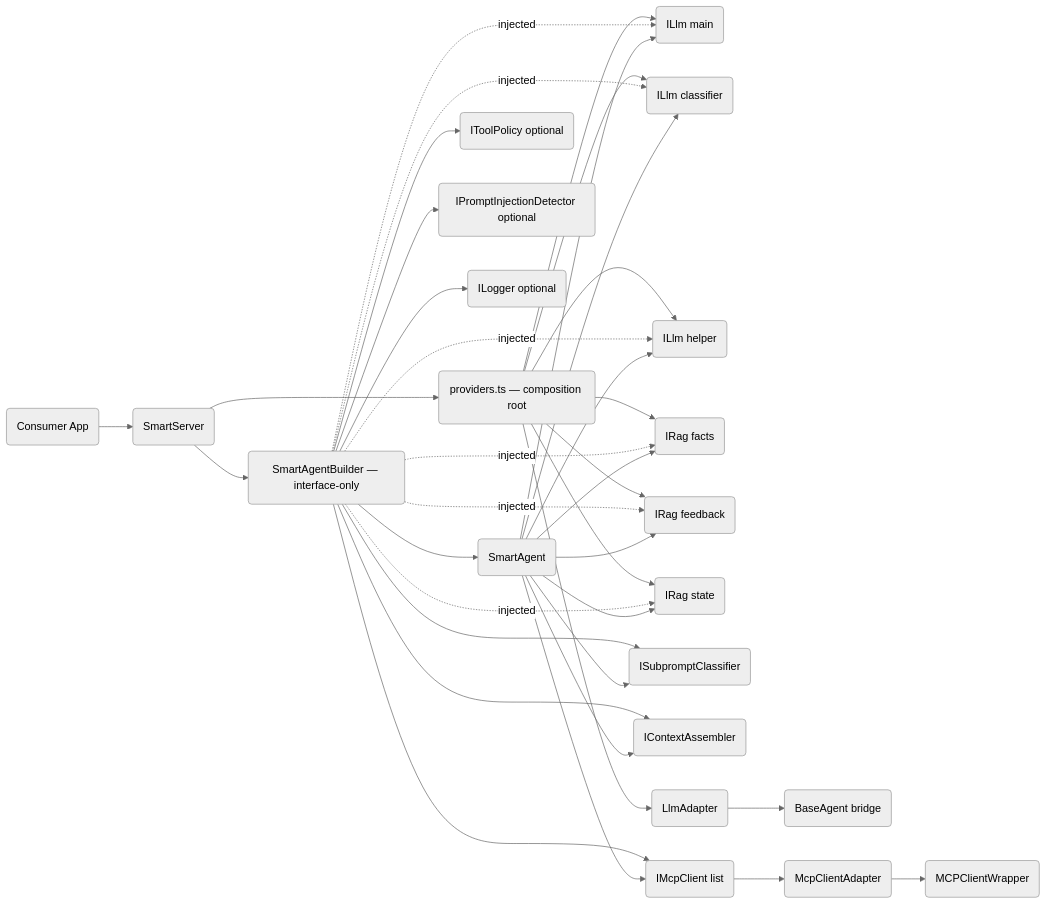
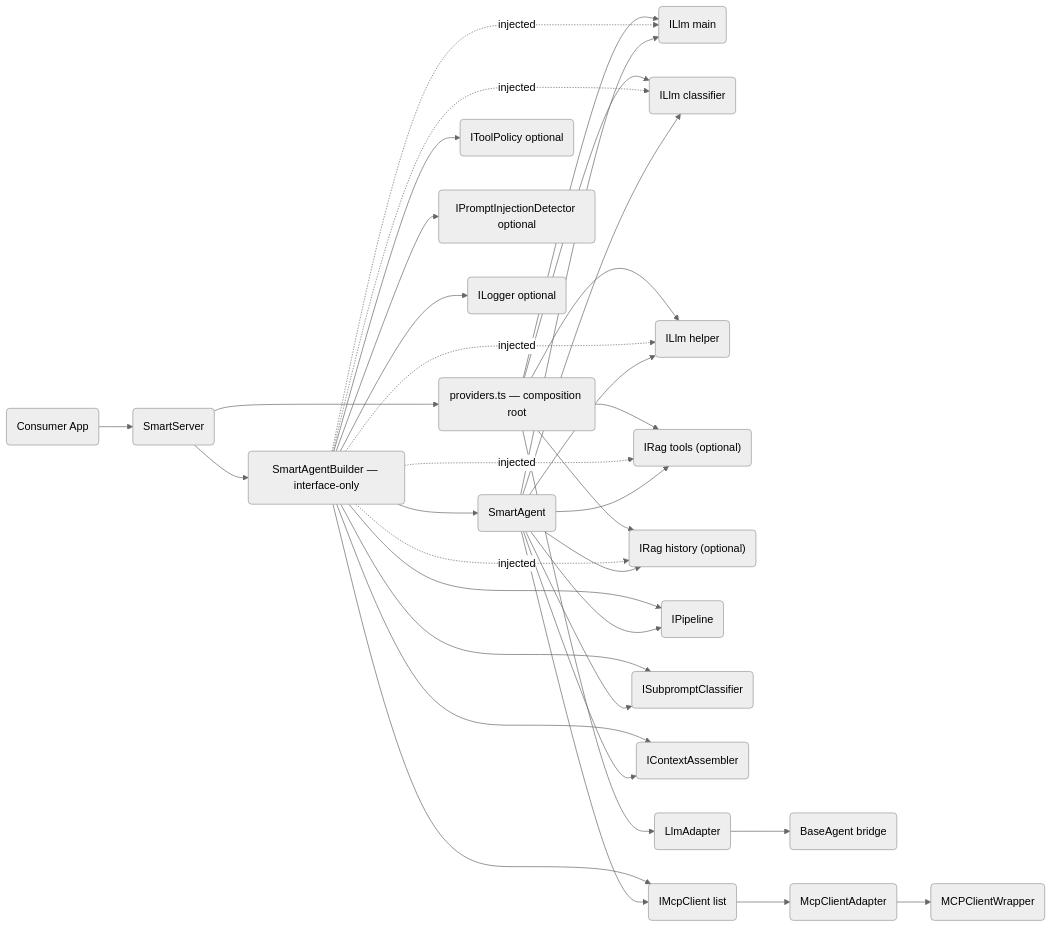
Before and after one commit to fr0ster/llm-agent: the first of 2 diagrams in docs/ARCHITECTURE.md, drawn with Mermaid (neutral theme). The commit also changed other lines of this file and 12 other files, not shown here.

First line of the commit message:
docs: update architecture and examples for consumer-defined RAG (#84)

````diff
--- a/docs/ARCHITECTURE.md
+++ b/docs/ARCHITECTURE.md
@@ -31,43 +32,42 @@
 ```mermaid
 flowchart LR
   App("Consumer App") --> SS("SmartServer")
   SS --> P("providers.ts — composition root")
   P --> LMain("ILlm main")
   P --> LCls("ILlm classifier")
   P --> LHelp("ILlm helper")
-  P --> RF("IRag facts")
-  P --> RFB("IRag feedback")
-  P --> RS("IRag state")
+  P --> RT("IRag tools (optional)")
+  P --> RH("IRag history (optional)")
 
   SS --> B("SmartAgentBuilder — interface-only")
   B --> SA("SmartAgent")
 
   B -.->|injected| LMain
   B -.->|injected| LCls
   B -.->|injected| LHelp
-  B -.->|injected| RF
-  B -.->|injected| RFB
-  B -.->|injected| RS
+  B -.->|injected| RT
+  B -.->|injected| RH
+  B --> PL("IPipeline")
   B --> CfgC("ISubpromptClassifier")
   B --> Ctx("IContextAssembler")
   B --> MCPS("IMcpClient list")
   B --> TP("IToolPolicy optional")
   B --> ID("IPromptInjectionDetector optional")
   B --> LG("ILogger optional")
 
   SA --> LMain
   SA --> LCls
   SA --> LHelp
+  SA --> PL
   SA --> CfgC
   SA --> Ctx
   SA --> MCPS
-  SA --> RF
-  SA --> RFB
-  SA --> RS
+  SA --> RT
+  SA --> RH
 
   P --> LA("LlmAdapter")
   LA --> BA("BaseAgent bridge")
 
   MCPS --> MCA("McpClientAdapter")
   MCA --> MCPW("MCPClientWrapper")
 ```
````
